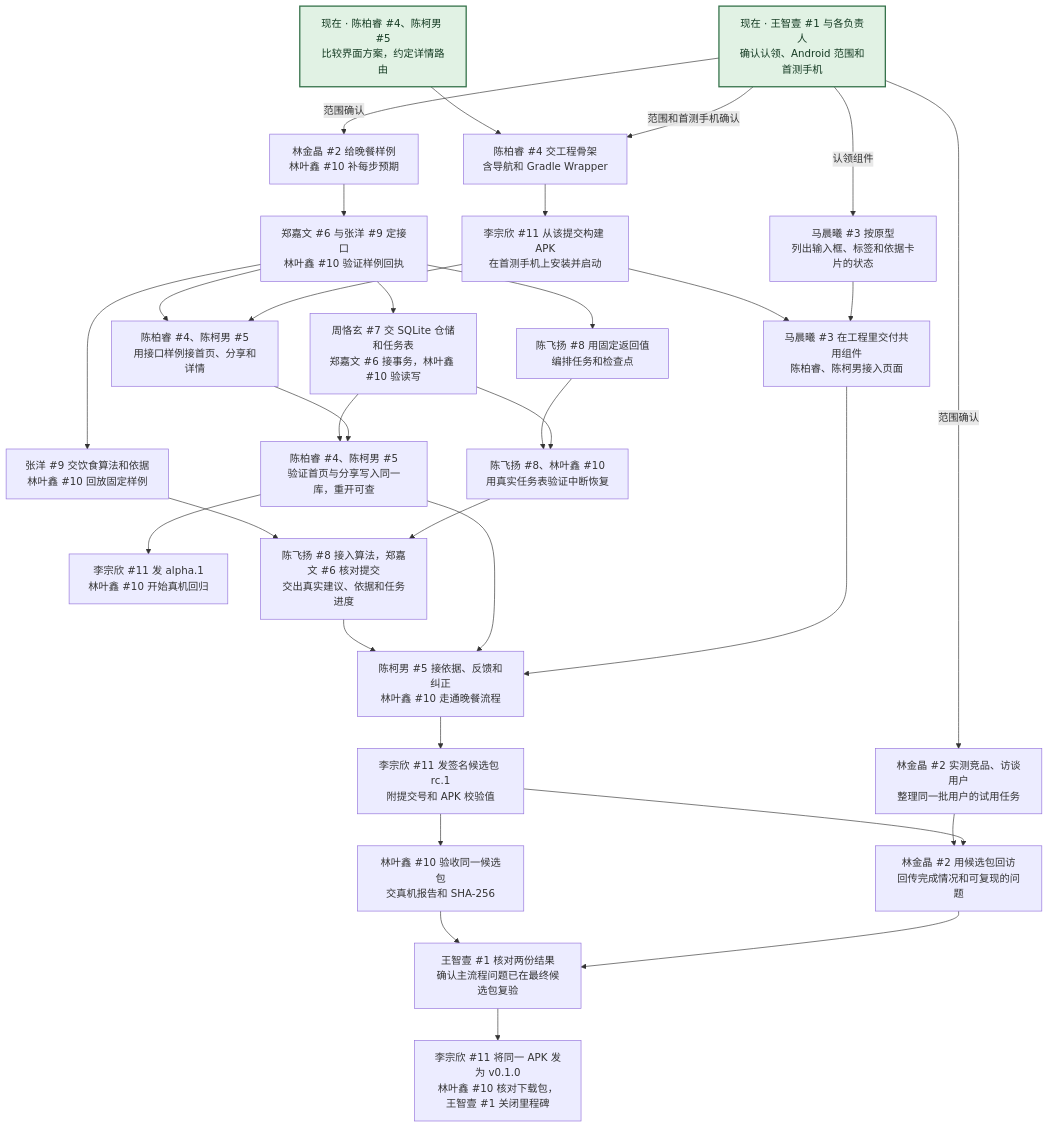
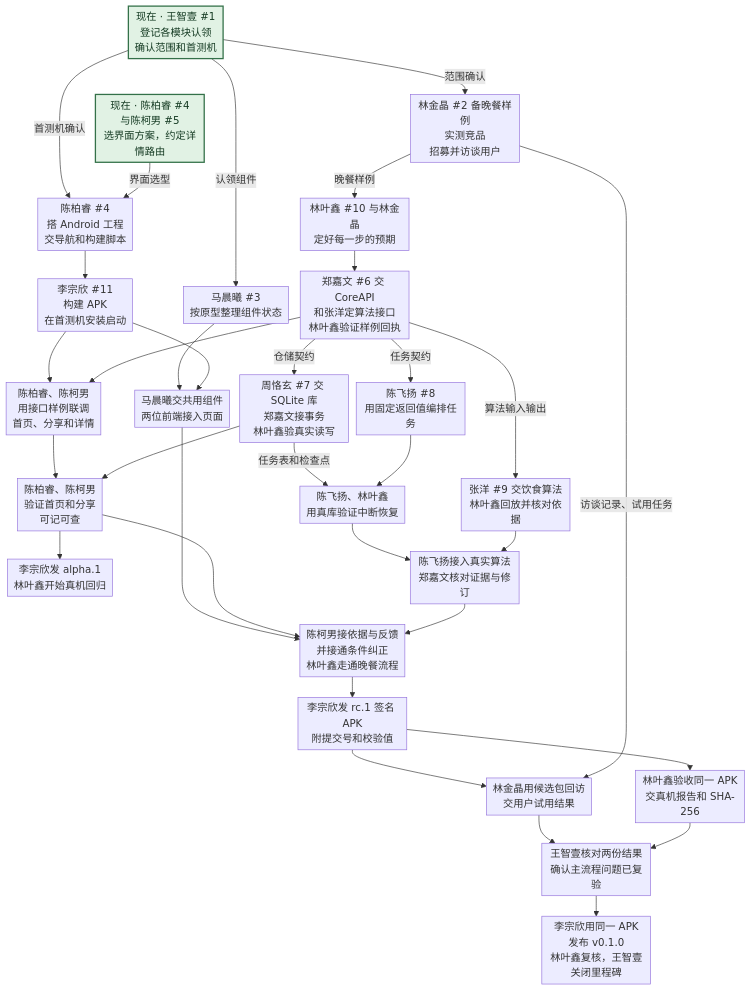
One commit to 155TuT/2601-fzu-SoftwareEngineering-YuezhongWu changed the diagram in homework/team/task8/plan.md. Above: the diagram before and after it, drawn with Mermaid. The commit also changed other lines of this file, not shown here.

Commit message:
docs: final dependence chain

````diff
--- a/homework/team/task8/plan.md
+++ b/homework/team/task8/plan.md
@@ -52,42 +52,44 @@
 ```mermaid
+%%{init: {"flowchart": {"nodeSpacing": 12, "rankSpacing": 32, "padding": 5, "wrappingWidth": 150}}}%%
 flowchart TD
-    claim["现在 · 王智壹 #1 与各负责人<br/>确认认领、Android 范围和首测手机"]:::ready
-    route["现在 · 陈柏睿 #4、陈柯男 #5<br/>比较界面方案，约定详情路由"]:::ready
+    accTitle: PebblePile Android v0.1.0 工作依赖
+    claim["现在 · 王智壹 #1<br/>登记各模块认领<br/>确认范围和首测机"]:::ready
+    route["现在 · 陈柏睿 #4<br/>与陈柯男 #5<br/>选界面方案，约定详情路由"]:::ready
 
-    claim -->|范围确认| sample["林金晶 #2 给晚餐样例<br/>林叶鑫 #10 补每步预期"]
-    claim -->|范围确认| research["林金晶 #2 实测竞品、访谈用户<br/>整理同一批用户的试用任务"]
-    claim -->|认领组件| design["马晨曦 #3 按原型<br/>列出输入框、标签和依据卡片的状态"]
-    claim -->|范围和首测手机确认| project["陈柏睿 #4 交工程骨架<br/>含导航和 Gradle Wrapper"]
-    route --> project
-    project --> install["李宗欣 #11 从该提交构建 APK<br/>在首测手机上安装并启动"]
+    claim -->|范围确认| research["林金晶 #2 备晚餐样例<br/>实测竞品<br/>招募并访谈用户"]
+    research -->|晚餐样例| sample["林叶鑫 #10 与林金晶<br/>定好每一步的预期"]
+    claim -->|认领组件| design["马晨曦 #3<br/>按原型整理组件状态"]
+    claim -->|首测机确认| project["陈柏睿 #4<br/>搭 Android 工程<br/>交导航和构建脚本"]
+    route -->|界面选型| project
+    project --> install["李宗欣 #11<br/>构建 APK<br/>在首测机安装启动"]
 
-    sample --> api["郑嘉文 #6 与张洋 #9 定接口<br/>林叶鑫 #10 验证样例回执"]
-    design --> components["马晨曦 #3 在工程里交付共用组件<br/>陈柏睿、陈柯男接入页面"]
+    sample --> api["郑嘉文 #6 交 CoreAPI<br/>和张洋定算法接口<br/>林叶鑫验证样例回执"]
+    design --> components["马晨曦交共用组件<br/>两位前端接入页面"]
     install --> components
-    install --> pages["陈柏睿 #4、陈柯男 #5<br/>用接口样例接首页、分享和详情"]
+    install --> pages["陈柏睿、陈柯男<br/>用接口样例联调<br/>首页、分享和详情"]
     api --> pages
-    api --> db["周恪玄 #7 交 SQLite 仓储和任务表<br/>郑嘉文 #6 接事务，林叶鑫 #10 验读写"]
-    api --> jobs["陈飞扬 #8 用固定返回值<br/>编排任务和检查点"]
-    api --> replay["张洋 #9 交饮食算法和依据<br/>林叶鑫 #10 回放固定样例"]
+    api -->|仓储契约| db["周恪玄 #7 交 SQLite 库<br/>郑嘉文接事务<br/>林叶鑫验真实读写"]
+    api -->|任务契约| jobs["陈飞扬 #8<br/>用固定返回值编排任务"]
+    api -->|算法输入输出| replay["张洋 #9 交饮食算法<br/>林叶鑫回放并核对依据"]
 
-    pages --> entries["陈柏睿 #4、陈柯男 #5<br/>验证首页与分享写入同一库，重开可查"]
+    pages --> entries["陈柏睿、陈柯男<br/>验证首页和分享<br/>可记可查"]
     db --> entries
-    entries --> alpha["李宗欣 #11 发 alpha.1<br/>林叶鑫 #10 开始真机回归"]
-    db --> recover["陈飞扬 #8、林叶鑫 #10<br/>用真实任务表验证中断恢复"]
+    entries --> alpha["李宗欣发 alpha.1<br/>林叶鑫开始真机回归"]
+    db -->|任务表和检查点| recover["陈飞扬、林叶鑫<br/>用真库验证中断恢复"]
     jobs --> recover
-    recover --> results["陈飞扬 #8 接入算法，郑嘉文 #6 核对提交<br/>交出真实建议、依据和任务进度"]
+    recover --> results["陈飞扬接入真实算法<br/>郑嘉文核对证据与修订"]
     replay --> results
 
-    components --> dinner["陈柯男 #5 接依据、反馈和纠正<br/>林叶鑫 #10 走通晚餐流程"]
+    components --> dinner["陈柯男接依据与反馈<br/>并接通条件纠正<br/>林叶鑫走通晚餐流程"]
     entries --> dinner
     results --> dinner
-    dinner --> rc["李宗欣 #11 发签名候选包 rc.1<br/>附提交号和 APK 校验值"]
-    rc --> trial["林金晶 #2 用候选包回访<br/>回传完成情况和可复现的问题"]
-    research --> trial
-    rc --> qa["林叶鑫 #10 验收同一候选包<br/>交真机报告和 SHA-256"]
-    trial --> signoff["王智壹 #1 核对两份结果<br/>确认主流程问题已在最终候选包复验"]
+    dinner --> rc["李宗欣发 rc.1 签名 APK<br/>附提交号和校验值"]
+    rc --> trial["林金晶用候选包回访<br/>交用户试用结果"]
+    research -->|访谈记录、试用任务| trial
+    rc --> qa["林叶鑫验收同一 APK<br/>交真机报告和 SHA-256"]
+    trial --> signoff["王智壹核对两份结果<br/>确认主流程问题已复验"]
     qa --> signoff
-    signoff --> release["李宗欣 #11 将同一 APK 发为 v0.1.0<br/>林叶鑫 #10 核对下载包，王智壹 #1 关闭里程碑"]
+    signoff --> release["李宗欣用同一 APK<br/>发布 v0.1.0<br/>林叶鑫复核，王智壹关闭里程碑"]
 
     classDef ready fill:#e1f2e4,stroke:#347149,color:#143a22,stroke-width:2px
 ```
````
